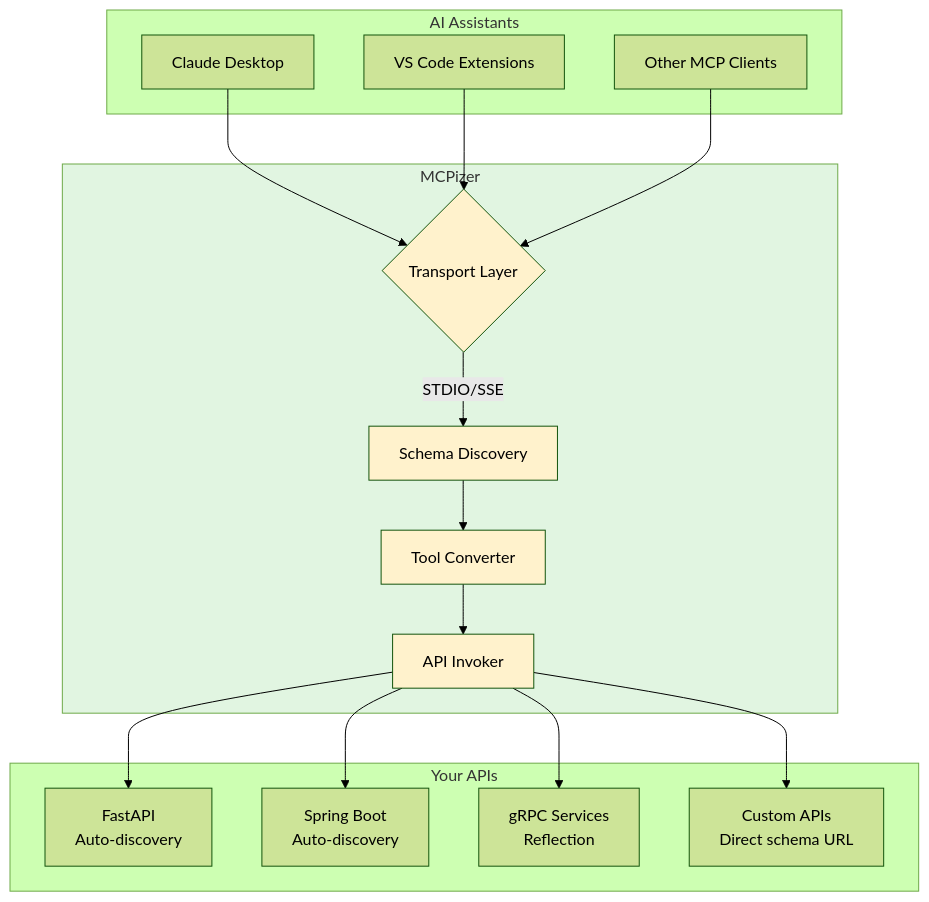
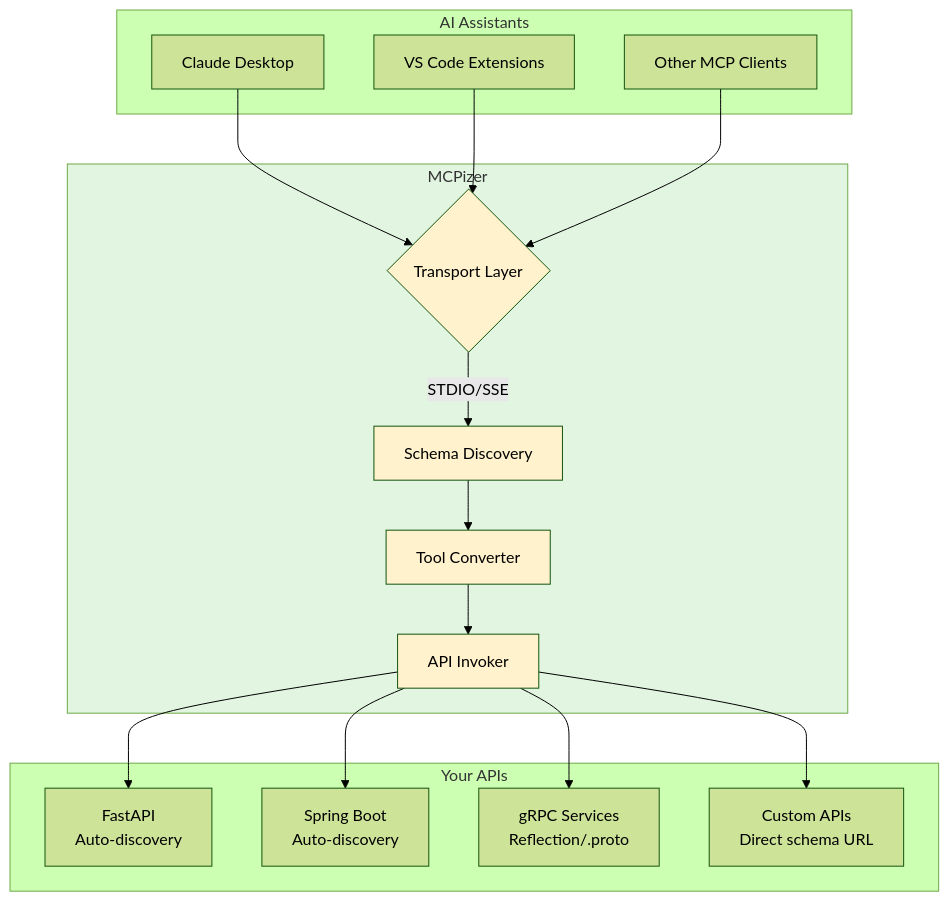
Before and after one commit to i2y/mcpizer: the second of 4 diagrams in README.md, drawn with Mermaid (forest theme). The commit also changed other lines of this file and 11 other files, not shown here.

Commit message:
feat: add .proto file support with configurable gRPC server endpoints

````diff
--- a/README.md
+++ b/README.md
@@ -38,41 +43,41 @@
 ```mermaid
 graph TB
     subgraph "AI Assistants"
         Claude[Claude Desktop]
         VSCode[VS Code Extensions]
         Other[Other MCP Clients]
     end
     
     subgraph "MCPizer"
         Transport{Transport Layer}
         Discovery[Schema Discovery]
         Converter[Tool Converter]
         Invoker[API Invoker]
         
         Transport -->|STDIO/SSE| Discovery
         Discovery --> Converter
         Converter --> Invoker
     end
     
     subgraph "Your APIs"
         FastAPI[FastAPI<br/>Auto-discovery]
         Spring[Spring Boot<br/>Auto-discovery]
-        gRPC[gRPC Services<br/>Reflection]
+        gRPC[gRPC Services<br/>Reflection/.proto]
         Custom[Custom APIs<br/>Direct schema URL]
     end
     
     Claude --> Transport
     VSCode --> Transport
     Other --> Transport
     
     Invoker --> FastAPI
     Invoker --> Spring
     Invoker --> gRPC
     Invoker --> Custom
     
     style MCPizer fill:#e1f5e1
     style Transport fill:#fff2cc
     style Discovery fill:#fff2cc
     style Converter fill:#fff2cc
     style Invoker fill:#fff2cc
 ```
````
